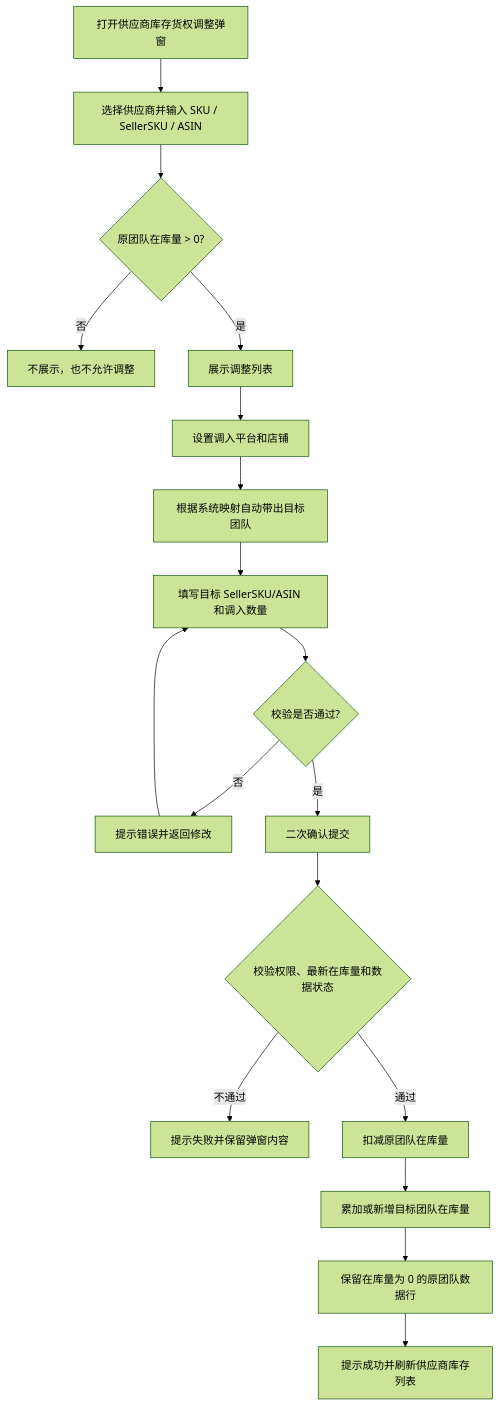
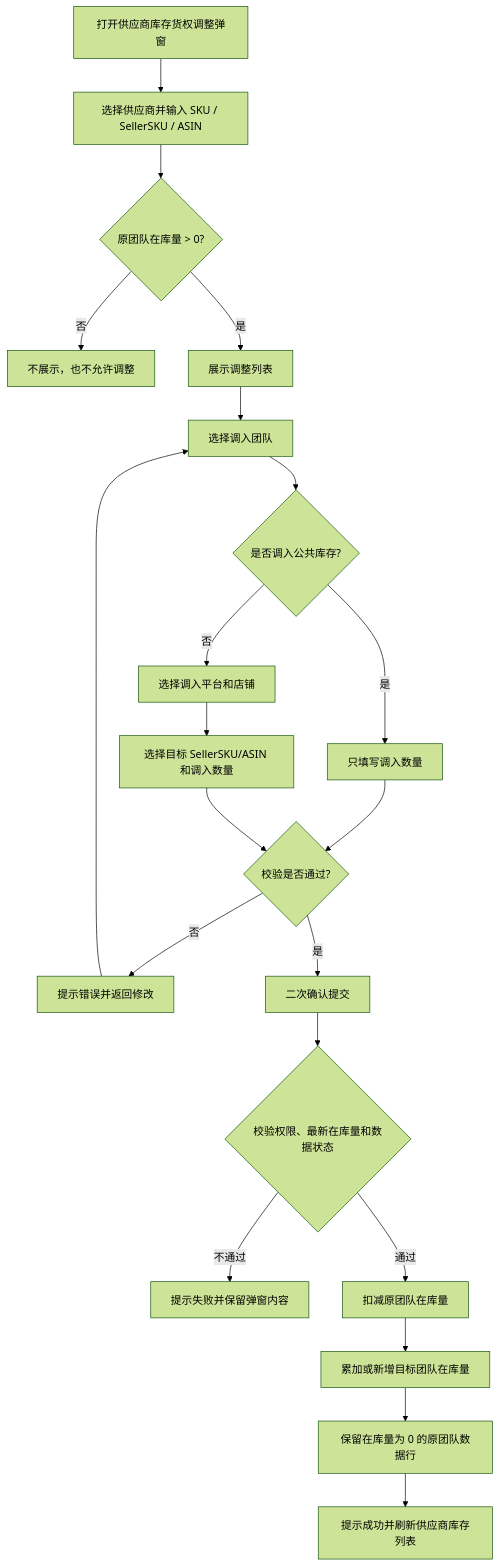
Before and after one commit to heiquanrenheiquanren-lab/Middle-Platform-Pages: the diagram in PRD/供应商库存货权调整-PRD.md, drawn with Mermaid (forest theme). The commit also changed other lines of this file and 7 other files, not shown here.

````diff
--- a/PRD/供应商库存货权调整-PRD.md
+++ b/PRD/供应商库存货权调整-PRD.md
@@ -90,20 +102,23 @@
 ```mermaid
 flowchart TD
     A["打开供应商库存货权调整弹窗"] --> B["选择供应商并输入 SKU / SellerSKU / ASIN"]
     B --> C{"原团队在库量 > 0?"}
     C -- "否" --> D["不展示，也不允许调整"]
     C -- "是" --> E["展示调整列表"]
-    E --> F["设置调入平台和店铺"]
-    F --> G["根据系统映射自动带出目标团队"]
-    G --> H["填写目标 SellerSKU/ASIN 和调入数量"]
-    H --> I{"校验是否通过?"}
-    I -- "否" --> J["提示错误并返回修改"]
-    J --> H
-    I -- "是" --> K["二次确认提交"]
-    K --> L{"校验权限、最新在库量和数据状态"}
-    L -- "不通过" --> M["提示失败并保留弹窗内容"]
-    L -- "通过" --> N["扣减原团队在库量"]
-    N --> O["累加或新增目标团队在库量"]
-    O --> P["保留在库量为 0 的原团队数据行"]
-    P --> Q["提示成功并刷新供应商库存列表"]
+    E --> F["选择调入团队"]
+    F --> G{"是否调入公共库存?"}
+    G -- "是" --> H["只填写调入数量"]
+    G -- "否" --> I["选择调入平台和店铺"]
+    I --> J["选择目标 SellerSKU/ASIN 和调入数量"]
+    H --> K{"校验是否通过?"}
+    J --> K
+    K -- "否" --> L["提示错误并返回修改"]
+    L --> F
+    K -- "是" --> M["二次确认提交"]
+    M --> N{"校验权限、最新在库量和数据状态"}
+    N -- "不通过" --> O["提示失败并保留弹窗内容"]
+    N -- "通过" --> P["扣减原团队在库量"]
+    P --> Q["累加或新增目标团队在库量"]
+    Q --> R["保留在库量为 0 的原团队数据行"]
+    R --> S["提示成功并刷新供应商库存列表"]
 ```
````
